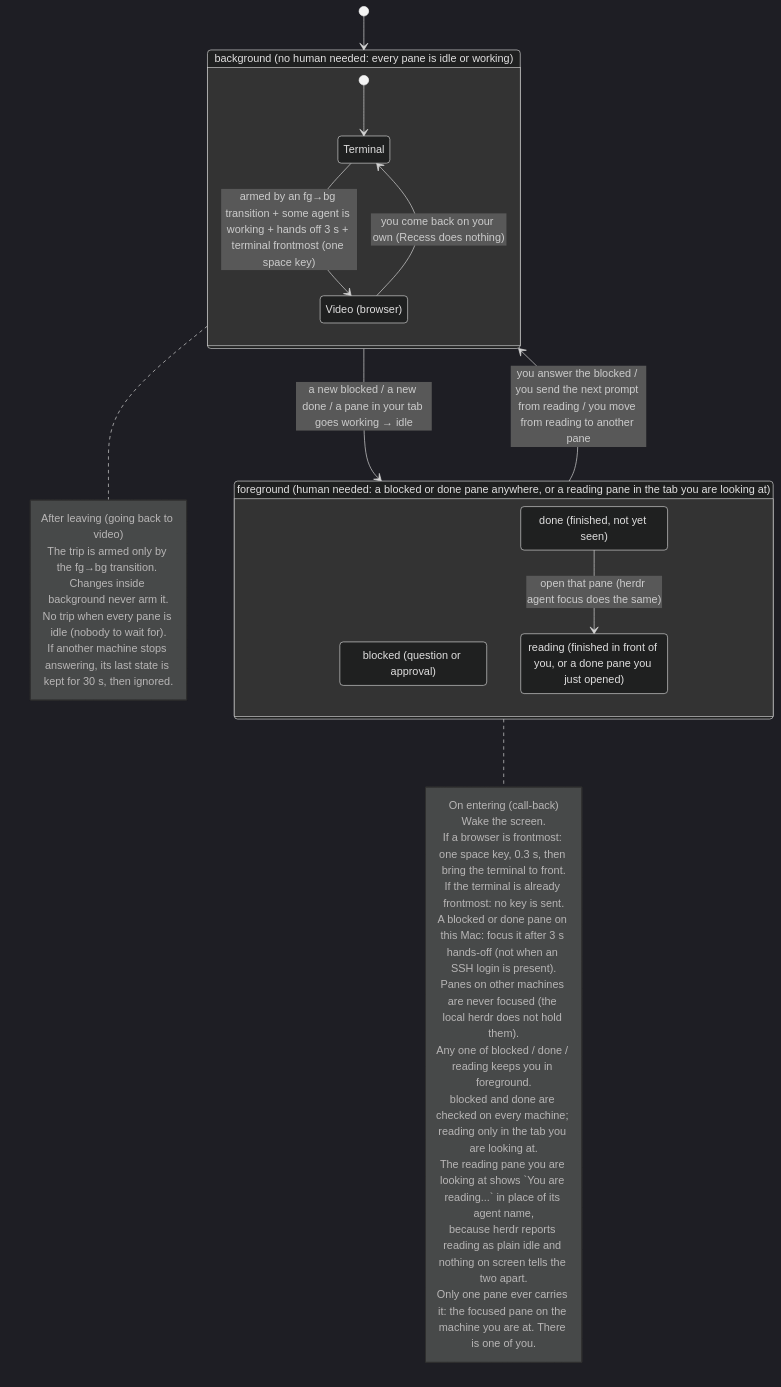
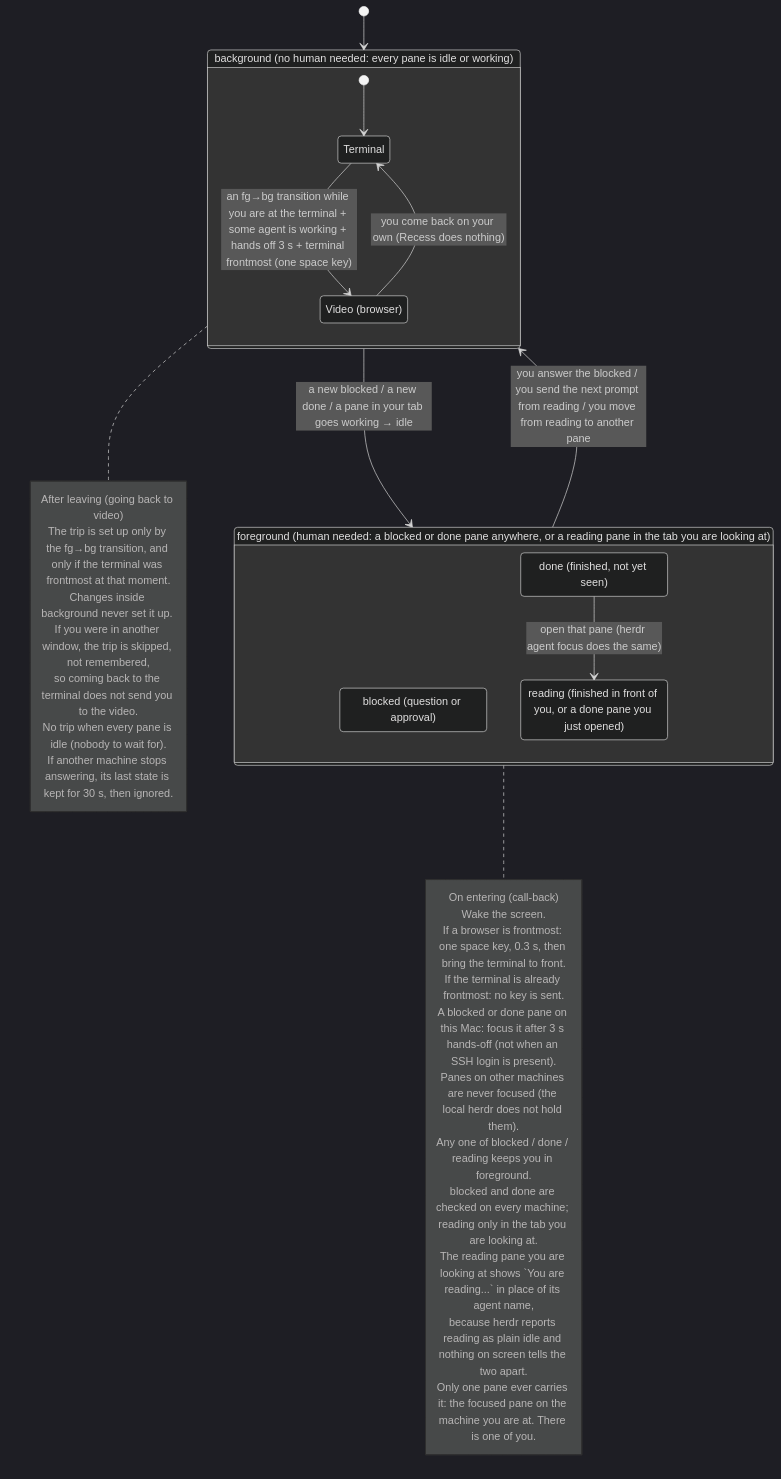
Before and after one commit to tatsuro-ueda/recess: the first of 2 diagrams in docs/spec.md, drawn with Mermaid (dark theme). The commit also changed other lines of this file and 1 other file, not shown here.

Commit message:
fix: 他のウィンドウで作業中は休憩へ連れ出されたくない（ターミナルを見ている瞬間の fg→bg だけ動画へ行く）
用事が消えた瞬間に最前面がターミナルでなければ、その回は見送る。
印を残すと、ターミナルへ戻った瞬間に連れ出されてしまうため、覚えてもおかない。
front_app() の取得を判定の前へ移し、同じ値を両方で使う。

````diff
--- a/docs/spec.md
+++ b/docs/spec.md
@@ -11,44 +11,46 @@
 ```mermaid
 stateDiagram-v2
     direction TB
 
     state "background (no human needed: every pane is idle or working)" as bg {
         state "Terminal" as term
         state "Video (browser)" as nf
         [*] --> term
-        term --> nf : armed by an fg→bg transition + some agent is working + hands off 3 s + terminal frontmost (one space key)
+        term --> nf : an fg→bg transition while you are at the terminal + some agent is working + hands off 3 s + terminal frontmost (one space key)
         nf --> term : you come back on your own (Recess does nothing)
     }
 
     state "foreground (human needed: a blocked or done pane anywhere, or a reading pane in the tab you are looking at)" as fg {
         state "blocked (question or approval)" as blocked
         state "done (finished, not yet seen)" as done
         state "reading (finished in front of you, or a done pane you just opened)" as reading
         done --> reading : open that pane (herdr agent focus does the same)
     }
 
     [*] --> bg
     bg --> fg : a new blocked / a new done / a pane in your tab goes working → idle
     fg --> bg : you answer the blocked / you send the next prompt from reading / you move from reading to another pane
 
     note right of fg
         On entering (call-back)
         Wake the screen.
         If a browser is frontmost: one space key, 0.3 s, then bring the terminal to front.
         If the terminal is already frontmost: no key is sent.
         A blocked or done pane on this Mac: focus it after 3 s hands-off (not when an SSH login is present).
         Panes on other machines are never focused (the local herdr does not hold them).
         Any one of blocked / done / reading keeps you in foreground.
         blocked and done are checked on every machine; reading only in the tab you are looking at.
         The reading pane you are looking at shows `You are reading...` in place of its agent name,
         because herdr reports reading as plain idle and nothing on screen tells the two apart.
         Only one pane ever carries it: the focused pane on the machine you are at. There is one of you.
     end note
 
     note right of bg
         After leaving (going back to video)
-        The trip is armed only by the fg→bg transition. Changes inside background never arm it.
+        The trip is set up only by the fg→bg transition, and only if the terminal was frontmost at that moment.
+        Changes inside background never set it up. If you were in another window, the trip is skipped, not remembered,
+        so coming back to the terminal does not send you to the video.
         No trip when every pane is idle (nobody to wait for).
         If another machine stops answering, its last state is kept for 30 s, then ignored.
     end note
 ```
````
